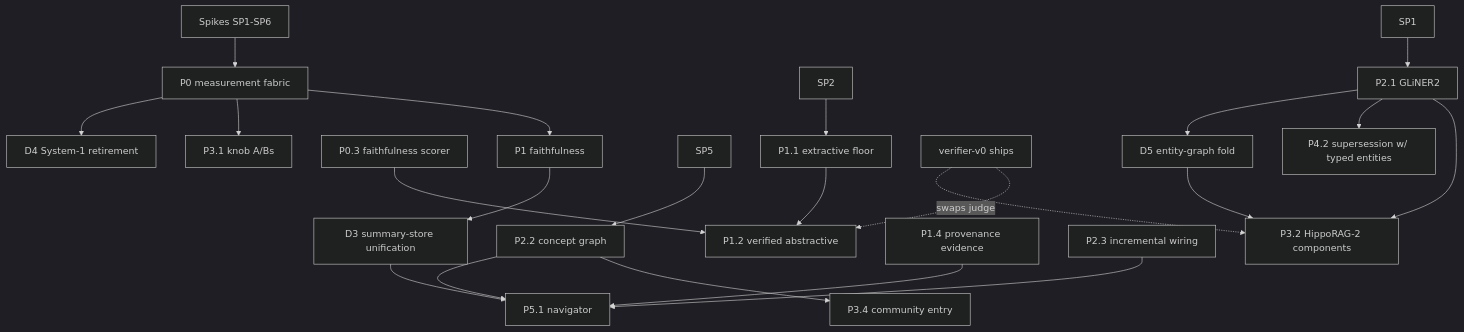
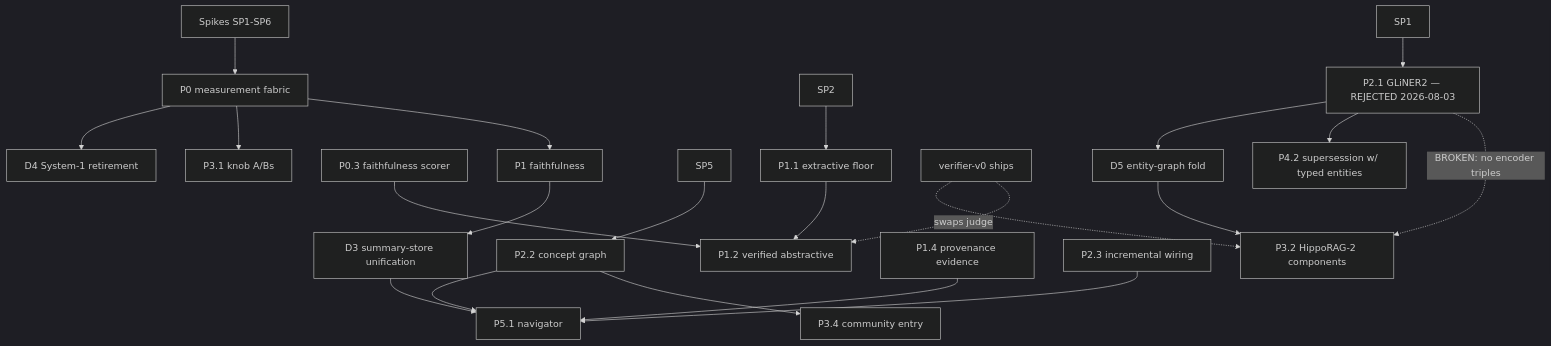
Before and after one commit to alexsbryan/commonwealth-ai: the diagram in corpus-engine/ENRICHMENT_ROADMAP_SIZING.md, drawn with Mermaid (dark theme). The commit also changed other lines of this file and 4 other files, not shown here.

````diff
--- a/corpus-engine/ENRICHMENT_ROADMAP_SIZING.md
+++ b/corpus-engine/ENRICHMENT_ROADMAP_SIZING.md
@@ -480,24 +525,24 @@
 ```mermaid
 graph TD
   SP[Spikes SP1-SP6] --> P0
   P0[P0 measurement fabric] --> P1[P1 faithfulness]
   P0 --> P31[P3.1 knob A/Bs]
   P03[P0.3 faithfulness scorer] --> P12[P1.2 verified abstractive]
   SP2 --> P11[P1.1 extractive floor]
   P11 --> P12
-  SP1 --> P21[P2.1 GLiNER2]
+  SP1 --> P21[P2.1 GLiNER2 — REJECTED 2026-08-03]
   SP5 --> P22[P2.2 concept graph]
-  P21 --> P32[P3.2 HippoRAG-2 components]
+  P21 -.->|BROKEN: no encoder triples| P32[P3.2 HippoRAG-2 components]
   P22 --> P34[P3.4 community entry]
   P22 --> P51[P5.1 navigator]
   P14[P1.4 provenance evidence] --> P51
   P21 --> P42[P4.2 supersession w/ typed entities]
   VER[verifier-v0 ships] -.->|swaps judge| P12
   VER -.-> P32
   P23[P2.3 incremental wiring] --> P51
   P1 --> D3[D3 summary-store unification]
   P0 --> D4[D4 System-1 retirement]
   P21 --> D5[D5 entity-graph fold]
   D3 --> P51
   D5 --> P32
 ```
````
